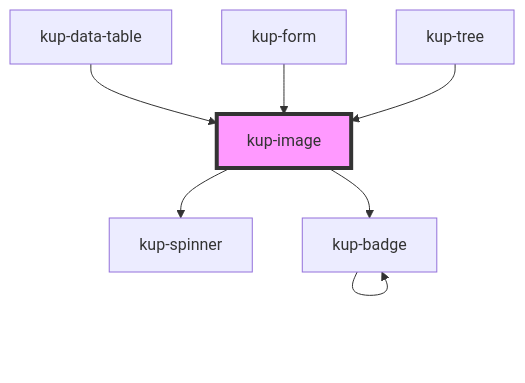
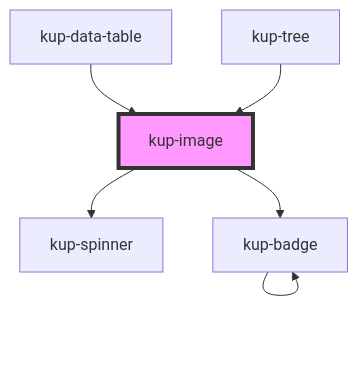
The diagram in packages/ketchup/src/components/kup-image/readme.md (smeup/ketchup), drawn with Mermaid before and after one commit. The commit also changed other lines of this file and 40 other files, not shown here.

Commit message:
kup-crud, kup-form, kup-modal, kup-search: removed from library.

````diff
--- a/packages/ketchup/src/components/kup-image/readme.md
+++ b/packages/ketchup/src/components/kup-image/readme.md
@@ -75,10 +74,9 @@
 ```mermaid
 graph TD;
   kup-image --> kup-spinner
   kup-image --> kup-badge
   kup-badge --> kup-badge
   kup-data-table --> kup-image
-  kup-form --> kup-image
   kup-tree --> kup-image
   style kup-image fill:#f9f,stroke:#333,stroke-width:4px
 ```
````
